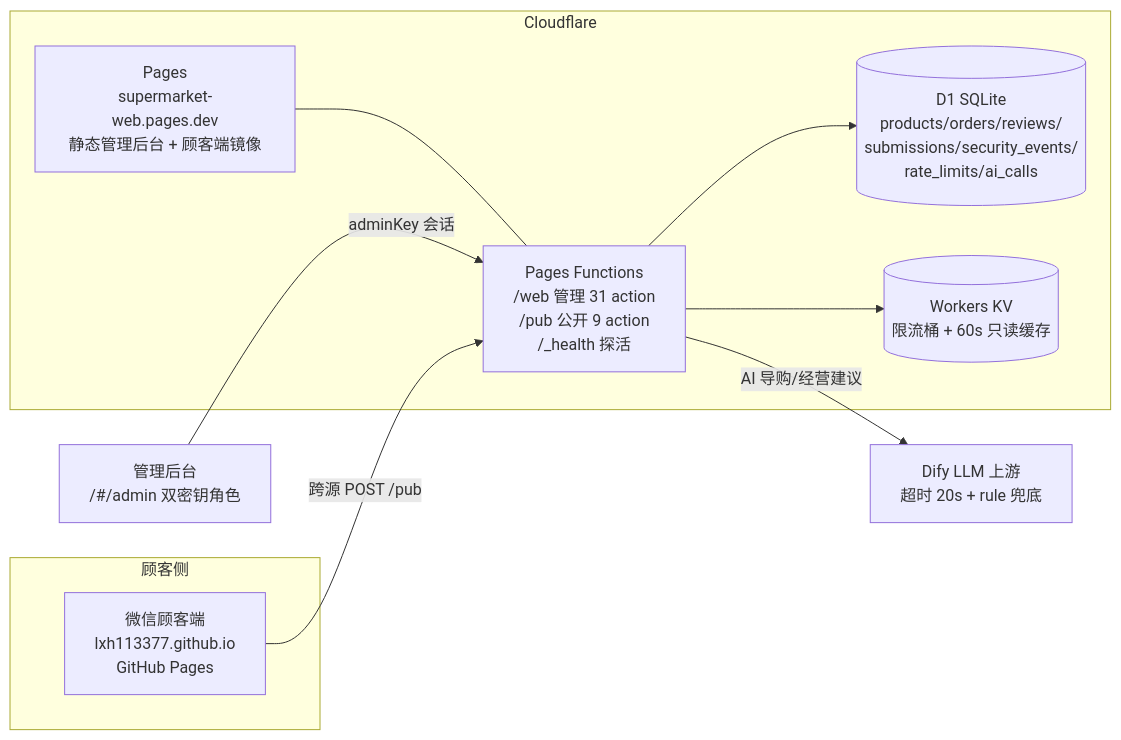
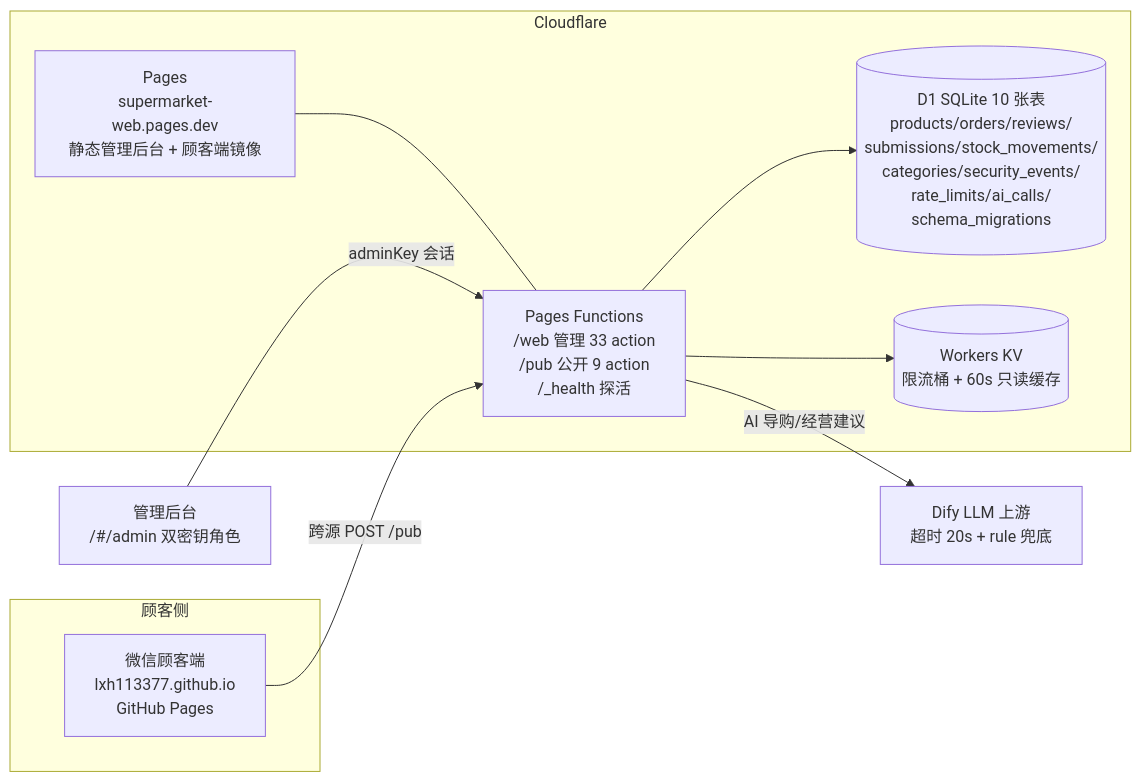
Before and after one commit to lxh113377/supermarket-web: the diagram in docs/ARCHITECTURE.md, drawn with Mermaid. The commit also changed 52 other files, not shown here.

````diff
--- a/docs/ARCHITECTURE.md
+++ b/docs/ARCHITECTURE.md
@@ -9,18 +9,18 @@
 ```mermaid
 flowchart LR
   subgraph 顾客侧
     C1[微信顾客端<br/>lxh113377.github.io<br/>GitHub Pages]
   end
   subgraph Cloudflare
     P[Pages<br/>supermarket-web.pages.dev<br/>静态管理后台 + 顾客端镜像]
-    F[Pages Functions<br/>/web 管理 31 action<br/>/pub 公开 9 action<br/>/_health 探活]
-    D[(D1 SQLite<br/>products/orders/reviews/<br/>submissions/security_events/<br/>rate_limits/ai_calls)]
+    F[Pages Functions<br/>/web 管理 33 action<br/>/pub 公开 9 action<br/>/_health 探活]
+    D[(D1 SQLite 10 张表<br/>products/orders/reviews/<br/>submissions/stock_movements/<br/>categories/security_events/<br/>rate_limits/ai_calls/<br/>schema_migrations)]
     KV[(Workers KV<br/>限流桶 + 60s 只读缓存)]
   end
   A[管理后台<br/>/#/admin 双密钥角色] -->|adminKey 会话| F
   C1 -->|跨源 POST /pub| F
   P --- F
   F --> D
   F --> KV
   F -->|AI 导购/经营建议| dify[Dify LLM 上游<br/>超时 20s + rule 兜底]
 ```
````
